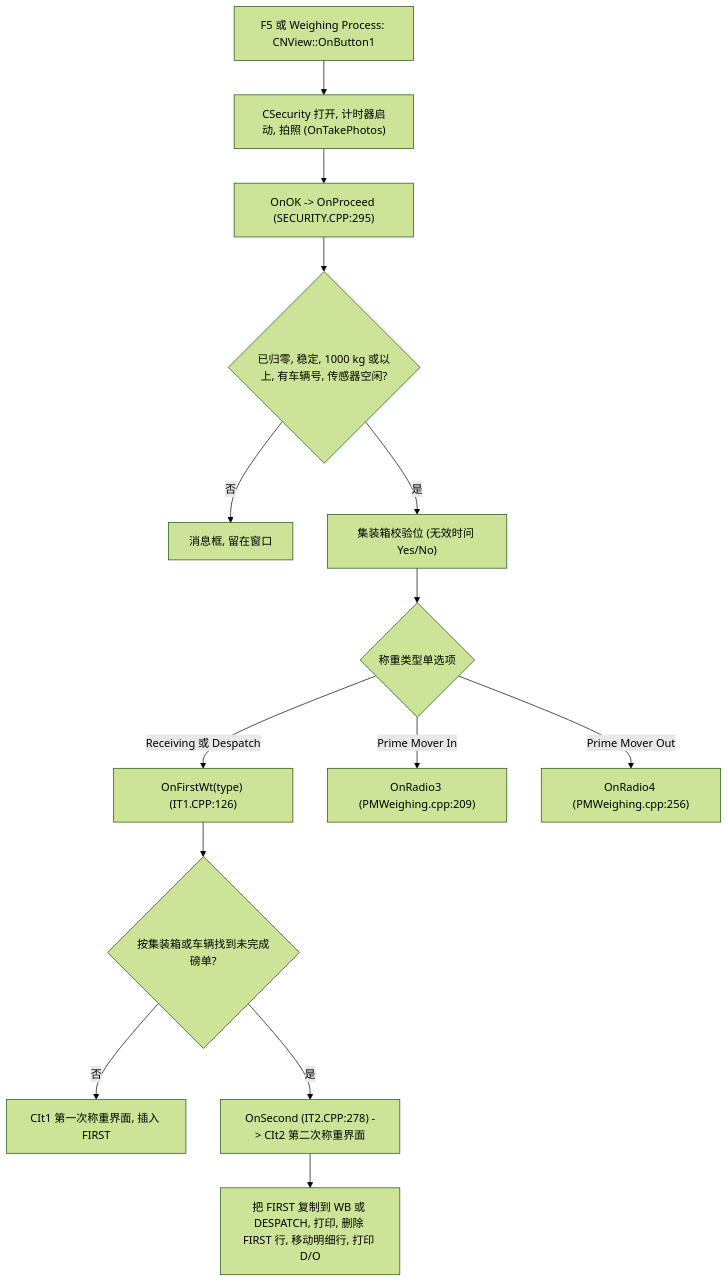
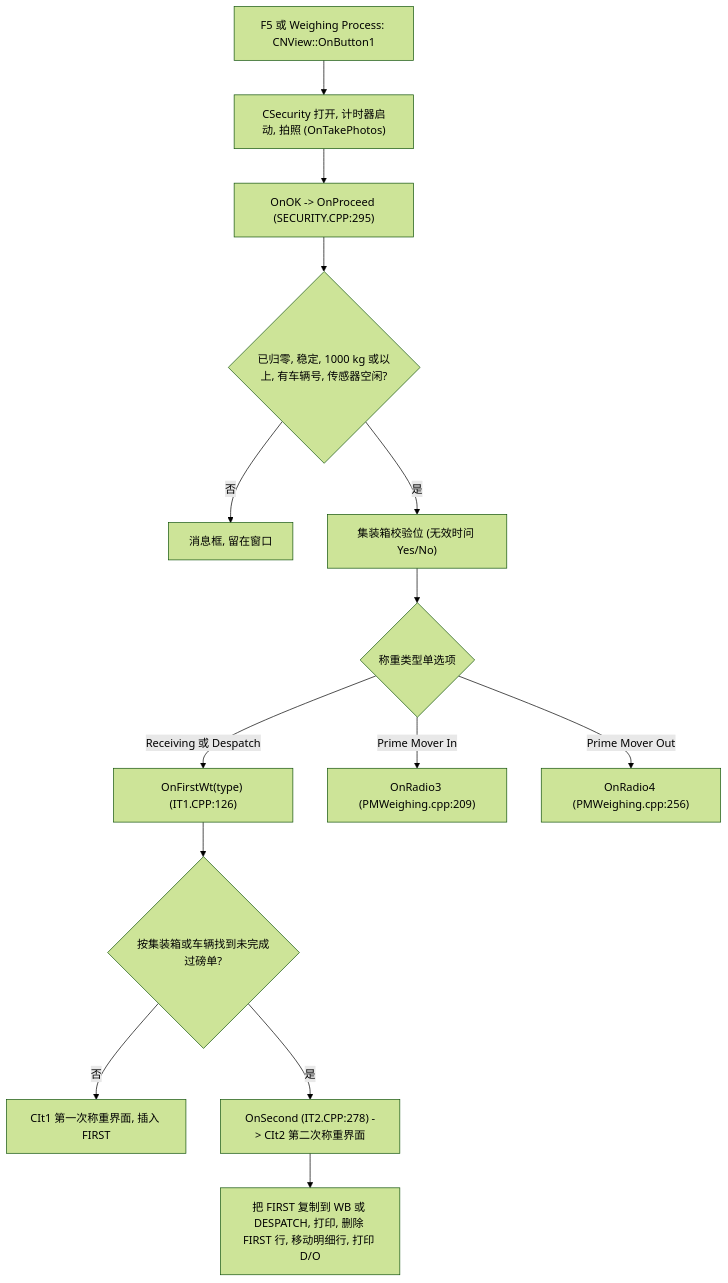
One commit to Domain-Application/Application_All_Cosmos changed the sixth of 10 diagrams in docs/MODULE_REFERENCE.zh-CN.md. Above: the diagram before and after it, drawn with Mermaid (forest theme). The commit also changed other lines of this file and 1 other file, not shown here.

````diff
--- a/docs/MODULE_REFERENCE.zh-CN.md
+++ b/docs/MODULE_REFERENCE.zh-CN.md
@@ -1030,16 +1030,16 @@
 ```mermaid
 flowchart TD
   F5["F5 或 Weighing Process: CNView::OnButton1"] --> WC["CSecurity 打开, 计时器启动, 拍照 (OnTakePhotos)"]
   WC --> OK["OnOK -> OnProceed (SECURITY.CPP:295)"]
   OK --> V1{"已归零, 稳定, 1000 kg 或以上, 有车辆号, 传感器空闲?"}
   V1 -- "否" --> ERR["消息框, 留在窗口"]
   V1 -- "是" --> V2["集装箱校验位 (无效时问 Yes/No)"]
   V2 --> T{"称重类型单选项"}
   T -- "Receiving 或 Despatch" --> FW["OnFirstWt(type) (IT1.CPP:126)"]
   T -- "Prime Mover In" --> PI["OnRadio3 (PMWeighing.cpp:209)"]
   T -- "Prime Mover Out" --> PO["OnRadio4 (PMWeighing.cpp:256)"]
-  FW --> FND{"按集装箱或车辆找到未完成磅单?"}
+  FW --> FND{"按集装箱或车辆找到未完成过磅单?"}
   FND -- "否" --> CIT1["CIt1 第一次称重界面, 插入 FIRST"]
   FND -- "是" --> SEC2["OnSecond (IT2.CPP:278) -> CIt2 第二次称重界面"]
   SEC2 --> MOVE["把 FIRST 复制到 WB 或 DESPATCH, 打印, 删除 FIRST 行, 移动明细行, 打印 D/O"]
 ```
````
